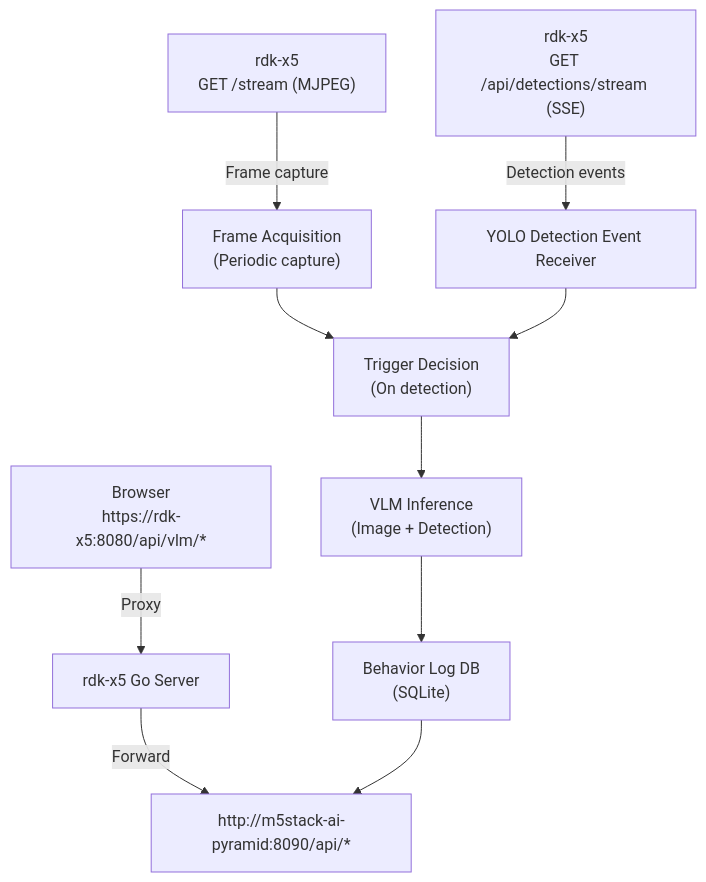
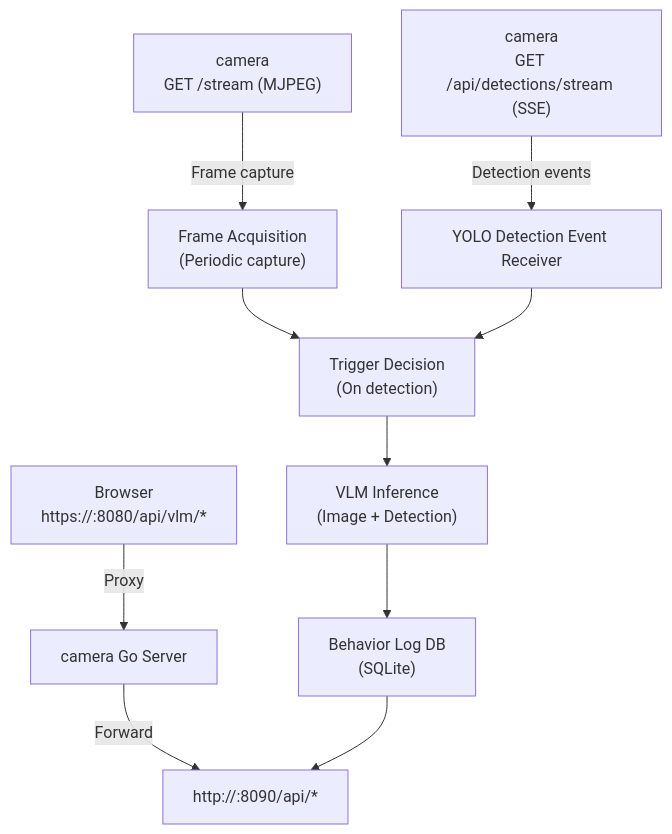
One commit to dj-oyu/rdk-x5_smart-pet-camera changed the second of 4 diagrams in docs/vlm_integration_spec.md. Above: the diagram before and after it, drawn with Mermaid. The commit also changed other lines of this file and 11 other files, not shown here.

````diff
--- a/docs/vlm_integration_spec.md
+++ b/docs/vlm_integration_spec.md
@@ -87,15 +87,15 @@
 ```mermaid
 graph TD
-    MJPEG["rdk-x5<br/>GET /stream (MJPEG)"] -->|"Frame capture"| FRAME["Frame Acquisition<br/>(Periodic capture)"]
-    SSE["rdk-x5<br/>GET /api/detections/stream (SSE)"] -->|"Detection events"| EVENT["YOLO Detection Event Receiver"]
+    MJPEG["camera<br/>GET /stream (MJPEG)"] -->|"Frame capture"| FRAME["Frame Acquisition<br/>(Periodic capture)"]
+    SSE["camera<br/>GET /api/detections/stream (SSE)"] -->|"Detection events"| EVENT["YOLO Detection Event Receiver"]
 
     FRAME --> TRIGGER["Trigger Decision<br/>(On detection)"]
     EVENT --> TRIGGER
 
     TRIGGER --> VLMINF["VLM Inference<br/>(Image + Detection)"]
     VLMINF --> LOGDB["Behavior Log DB<br/>(SQLite)"]
 
-    BROWSER["Browser<br/>https://rdk-x5:8080/api/vlm/*"] -->|Proxy| GOPROXY["rdk-x5 Go Server"]
-    GOPROXY -->|Forward| LOGAPI["http://m5stack-ai-pyramid:8090/api/*"]
+    BROWSER["Browser<br/>https://<camera-host>:8080/api/vlm/*"] -->|Proxy| GOPROXY["camera Go Server"]
+    GOPROXY -->|Forward| LOGAPI["http://<album-host>:8090/api/*"]
     LOGDB --> LOGAPI
 ```
````
